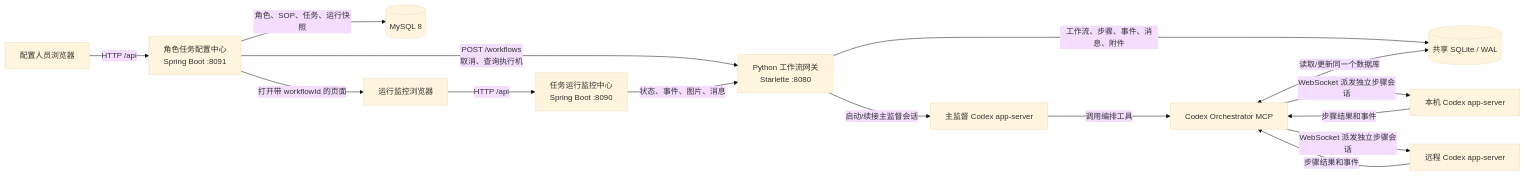
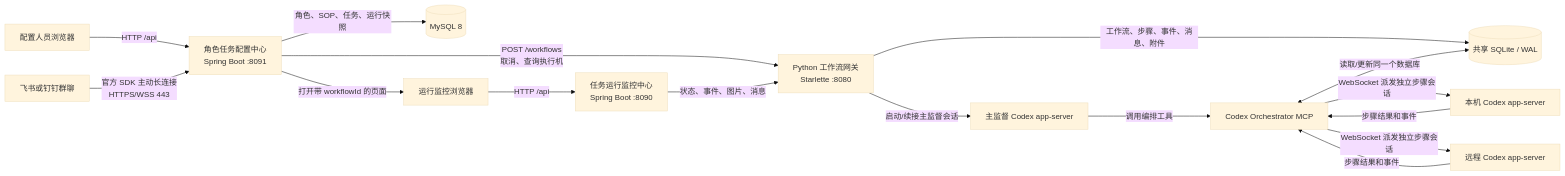
One commit to zsh13696112233-spec/codex-remote-mcp changed the first of 4 diagrams in docs/SYSTEM_ARCHITECTURE.zh-CN.md. Above: the diagram before and after it, drawn with Mermaid (base theme). The commit also changed other lines of this file and 35 other files, not shown here.

````diff
--- a/docs/SYSTEM_ARCHITECTURE.zh-CN.md
+++ b/docs/SYSTEM_ARCHITECTURE.zh-CN.md
@@ -20,19 +20,20 @@
 ```mermaid
 flowchart LR
     U1[配置人员浏览器] -->|HTTP /api| C[角色任务配置中心<br/>Spring Boot :8091]
     C -->|角色、SOP、任务、运行快照| MYSQL[(MySQL 8)]
     C -->|POST /workflows<br/>取消、查询执行机| G[Python 工作流网关<br/>Starlette :8080]
     C -->|打开带 workflowId 的页面| U2[运行监控浏览器]
+    BOT[飞书或钉钉群聊] -->|官方 SDK 主动长连接<br/>HTTPS/WSS 443| C
 
     U2 -->|HTTP /api| V[任务运行监控中心<br/>Spring Boot :8090]
     V -->|状态、事件、图片、消息| G
 
     G -->|工作流、步骤、事件、消息、附件| SQLITE[(共享 SQLite / WAL)]
     G -->|启动/续接主监督会话| S[主监督 Codex app-server]
     S -->|调用编排工具| M[Codex Orchestrator MCP]
     M <-->|读取/更新同一个数据库| SQLITE
     M -->|WebSocket 派发独立步骤会话| A1[本机 Codex app-server]
     M -->|WebSocket 派发独立步骤会话| A2[远程 Codex app-server]
     A1 -->|步骤结果和事件| M
     A2 -->|步骤结果和事件| M
 ```
````
